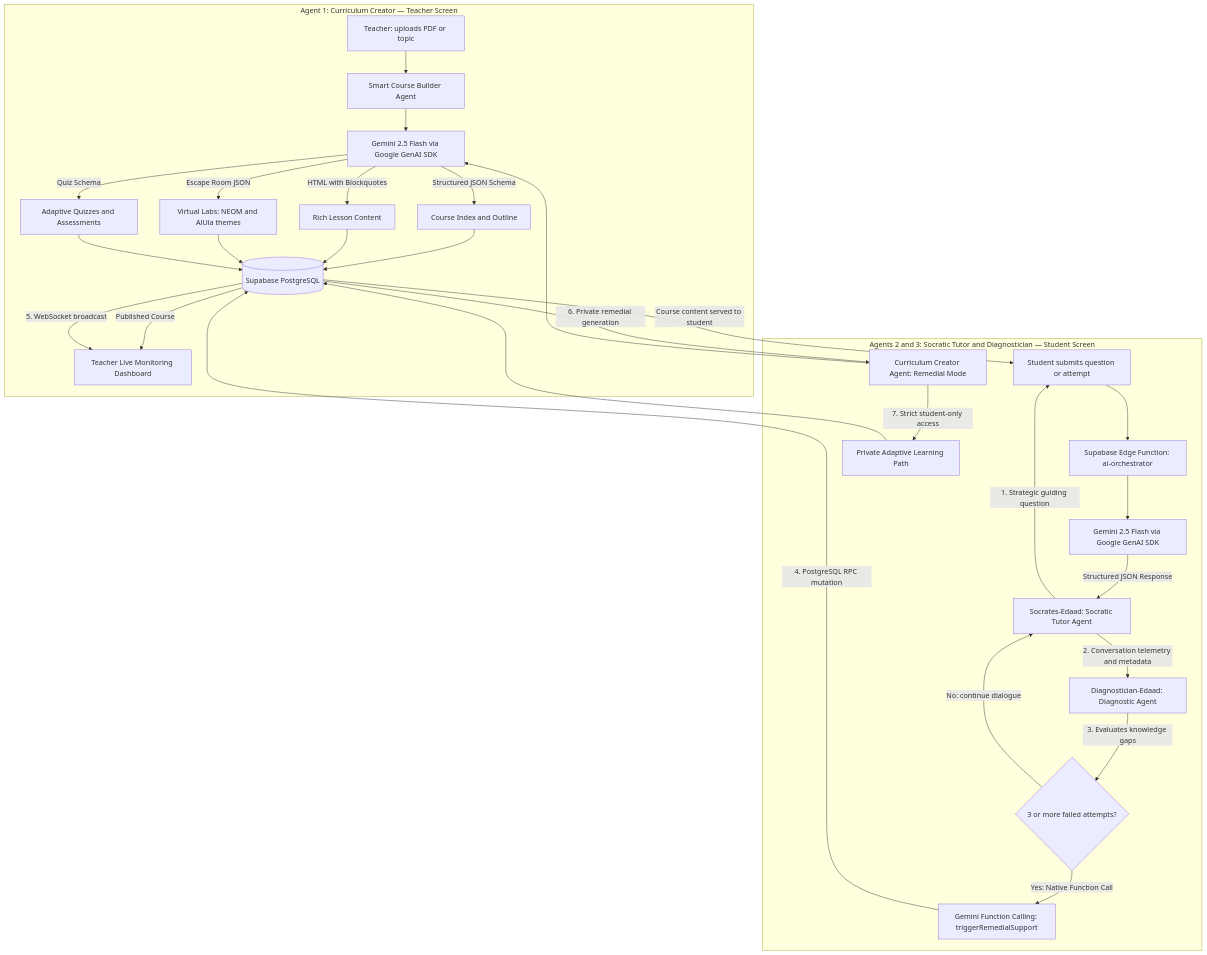
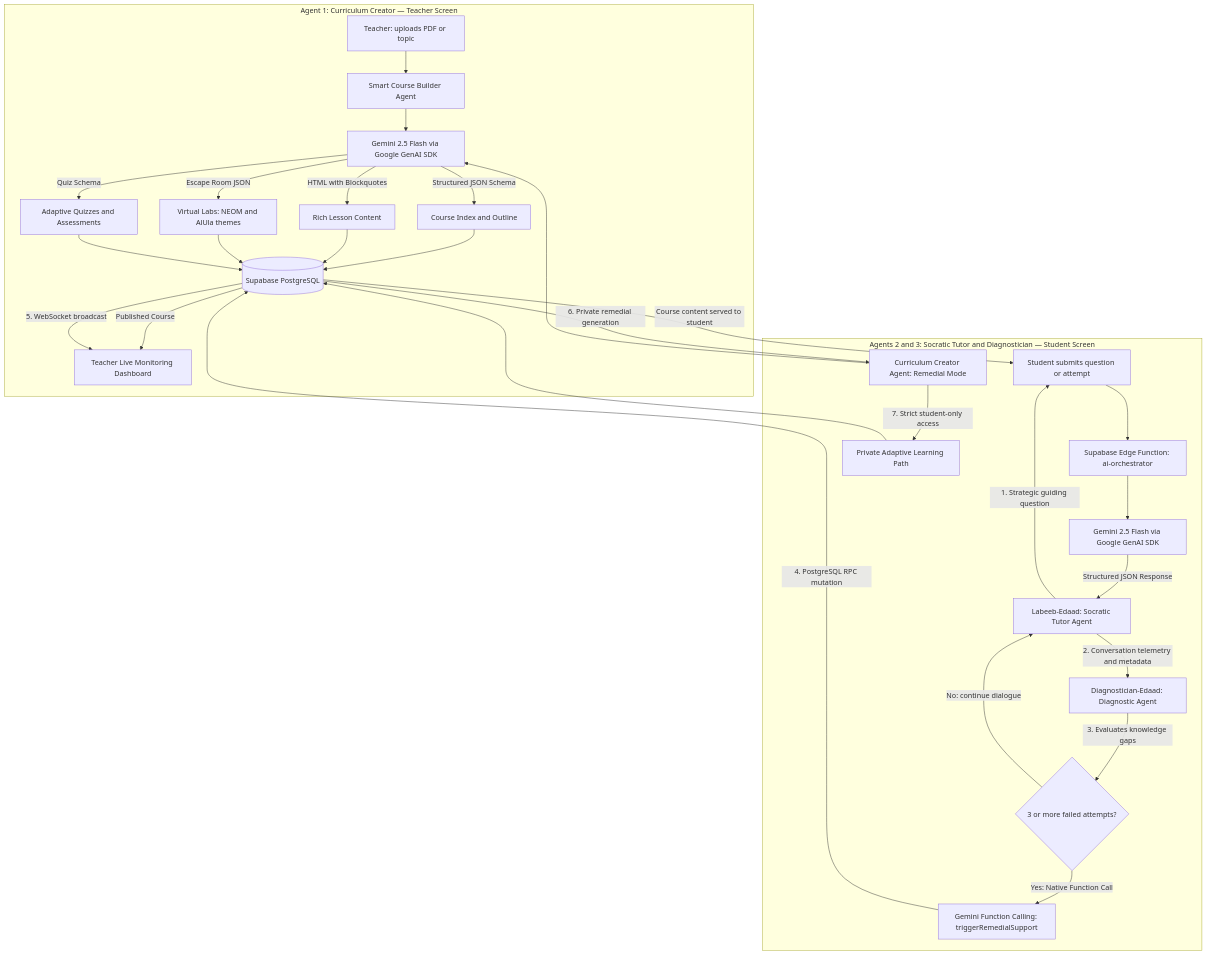
Before and after one commit to abutameemrdp/edaad-ai-agents-challenge: the diagram in README.md, drawn with Mermaid. The commit also changed other lines of this file and 6 other files, not shown here.

Commit message:
feat: rename Socratic tutor agent to Labeeb-Edaad inside all prompt guides, diagrams, and AI orchestration engines to align with Edaad's production release

````diff
--- a/README.md
+++ b/README.md
@@ -23,35 +23,35 @@
 ```mermaid
 graph TD
     subgraph TeacherAgent [" Agent 1: Curriculum Creator — Teacher Screen "]
         Teacher[Teacher: uploads PDF or topic] --> CourseBuilder[Smart Course Builder Agent]
         CourseBuilder --> GeminiCB[Gemini 2.5 Flash via Google GenAI SDK]
         GeminiCB -->|Structured JSON Schema| CourseIndex[Course Index and Outline]
         GeminiCB -->|HTML with Blockquotes| Lessons[Rich Lesson Content]
         GeminiCB -->|Escape Room JSON| Labs[Virtual Labs: NEOM and AlUla themes]
         GeminiCB -->|Quiz Schema| Quizzes[Adaptive Quizzes and Assessments]
         CourseIndex --> DB[(Supabase PostgreSQL)]
         Lessons --> DB
         Labs --> DB
         Quizzes --> DB
         DB -->|Published Course| TeacherDashboard[Teacher Live Monitoring Dashboard]
     end
 
     subgraph StudentAgent [" Agents 2 and 3: Socratic Tutor and Diagnostician — Student Screen "]
         Student[Student submits question or attempt] --> EdgeFn[Supabase Edge Function: ai-orchestrator]
         EdgeFn --> Gemini[Gemini 2.5 Flash via Google GenAI SDK]
-        Gemini -->|Structured JSON Response| Socrates[Socrates-Edaad: Socratic Tutor Agent]
+        Gemini -->|Structured JSON Response| Socrates[Labeeb-Edaad: Socratic Tutor Agent]
         Socrates -->|1. Strategic guiding question| Student
         Socrates -->|2. Conversation telemetry and metadata| Diagnostician[Diagnostician-Edaad: Diagnostic Agent]
         Diagnostician -->|3. Evaluates knowledge gaps| GapCheck{3 or more failed attempts?}
         GapCheck -->|Yes: Native Function Call| ToolCall[Gemini Function Calling: triggerRemedialSupport]
         GapCheck -->|No: continue dialogue| Socrates
         ToolCall -->|4. PostgreSQL RPC mutation| DB
         DB -->|5. WebSocket broadcast| TeacherDashboard
         DB -->|6. Private remedial generation| RemedialBuilder[Curriculum Creator Agent: Remedial Mode]
         RemedialBuilder --> GeminiCB
         RemedialBuilder -->|7. Strict student-only access| PrivatePath[Private Adaptive Learning Path]
         PrivatePath --> DB
     end
 
     DB -->|Course content served to student| Student
 ```
````
